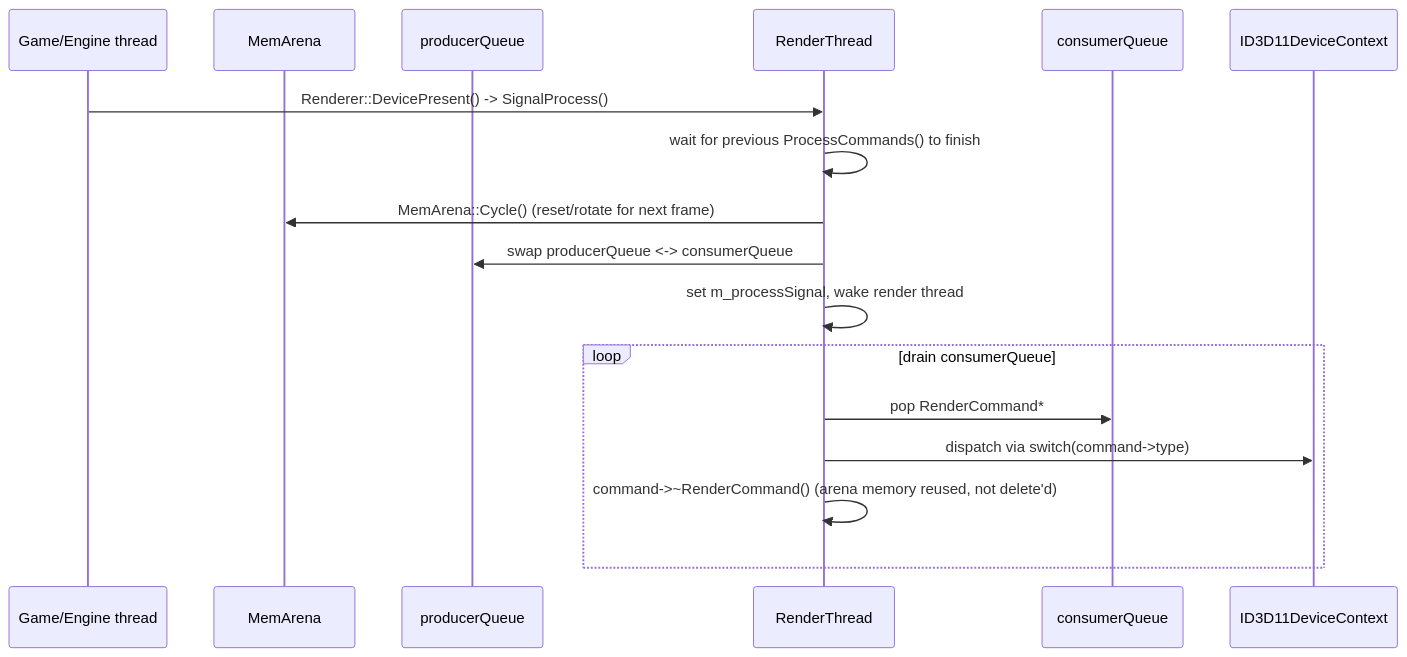
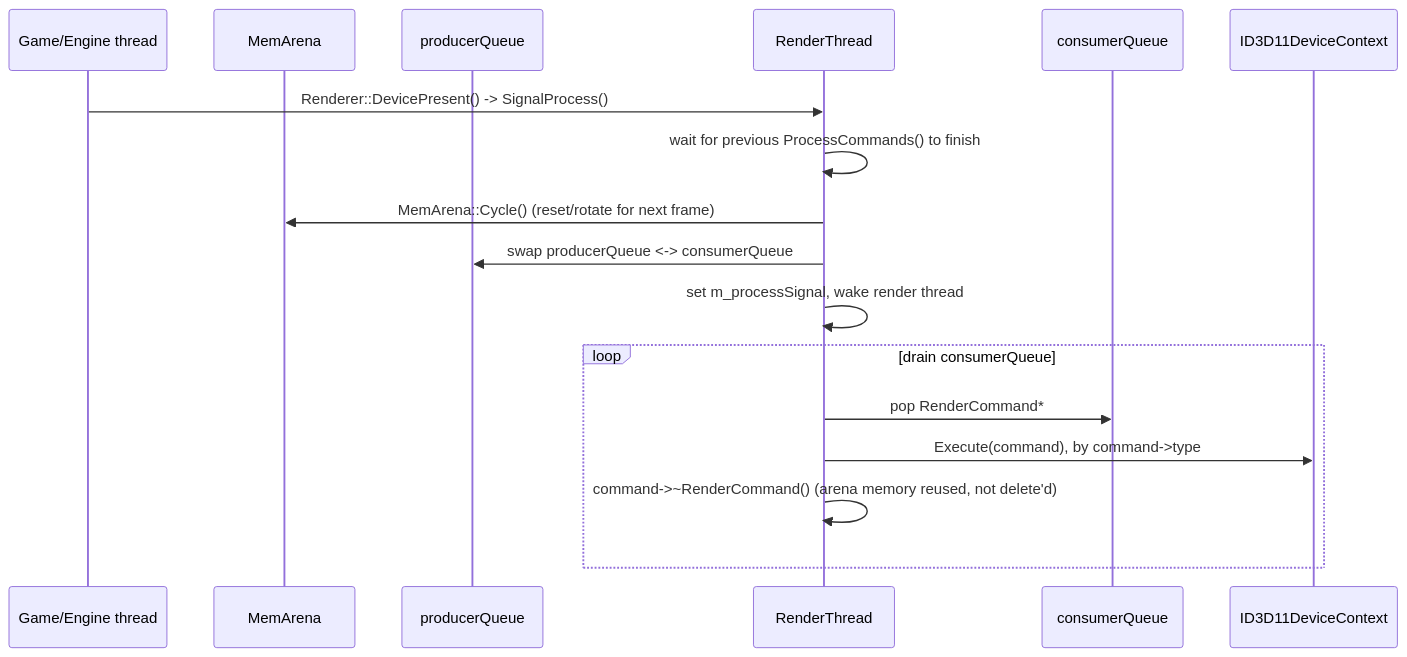
The second of 3 diagrams in Docs/Generated/Engine/04-Rendering/Low-Level-Renderer-Module.md (b1nary0/RZE), drawn with Mermaid before and after one commit. The commit also changed other lines of this file and 8 other files, not shown here.

First line of the commit message:
Give each render command its own Execute on the render thread

````diff
--- a/Docs/Generated/Engine/04-Rendering/Low-Level-Renderer-Module.md
+++ b/Docs/Generated/Engine/04-Rendering/Low-Level-Renderer-Module.md
@@ -35,21 +35,21 @@
 ```mermaid
 %%{init: {'flowchart': {'subGraphTitleMargin': {'top': 6, 'bottom': 10}}, 'themeCSS': '.labelBkg, .edgeLabel { background-color: var(--background-primary) !important; } .messageText, .labelText, .loopText { paint-order: stroke; stroke: var(--background-primary); stroke-width: 5px; stroke-linejoin: round; }'}}%%
 sequenceDiagram
     participant Game as Game/Engine thread
     participant Arena as MemArena
     participant Prod as producerQueue
     participant RT as RenderThread
     participant Cons as consumerQueue
     participant DX11 as ID3D11DeviceContext
 
     Game->>RT: Renderer::DevicePresent() -> SignalProcess()
     RT->>RT: wait for previous ProcessCommands() to finish
     RT->>Arena: MemArena::Cycle() (reset/rotate for next frame)
     RT->>Prod: swap producerQueue <-> consumerQueue
     RT->>RT: set m_processSignal, wake render thread
     loop drain consumerQueue
         RT->>Cons: pop RenderCommand*
-        RT->>DX11: dispatch via switch(command->type)
+        RT->>DX11: Execute(command), by command->type
         RT->>RT: command->~RenderCommand() (arena memory reused, not delete'd)
     end
 ```
````
